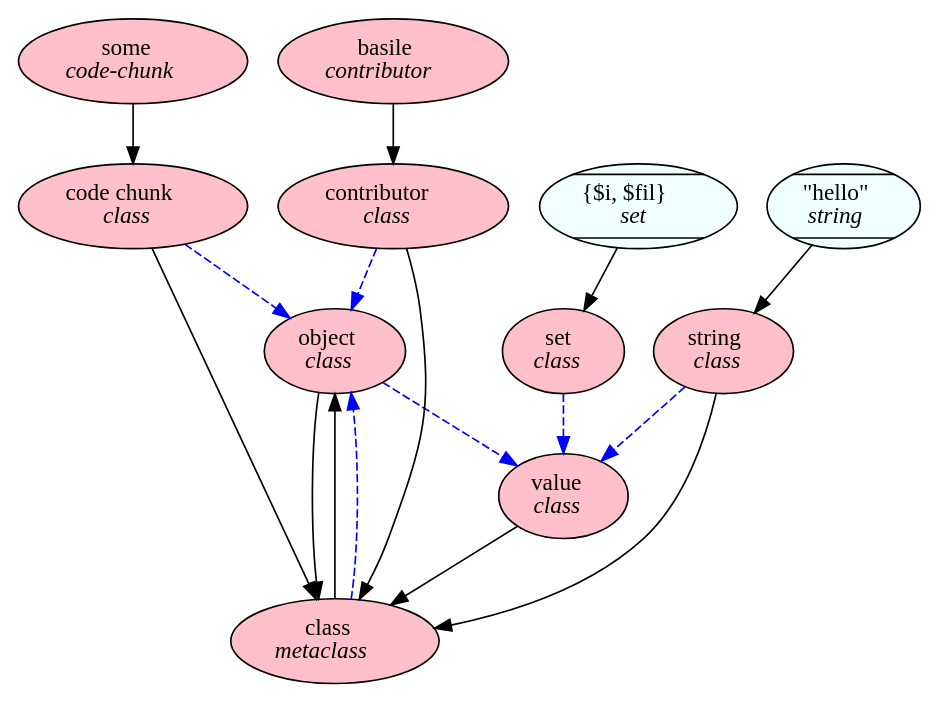
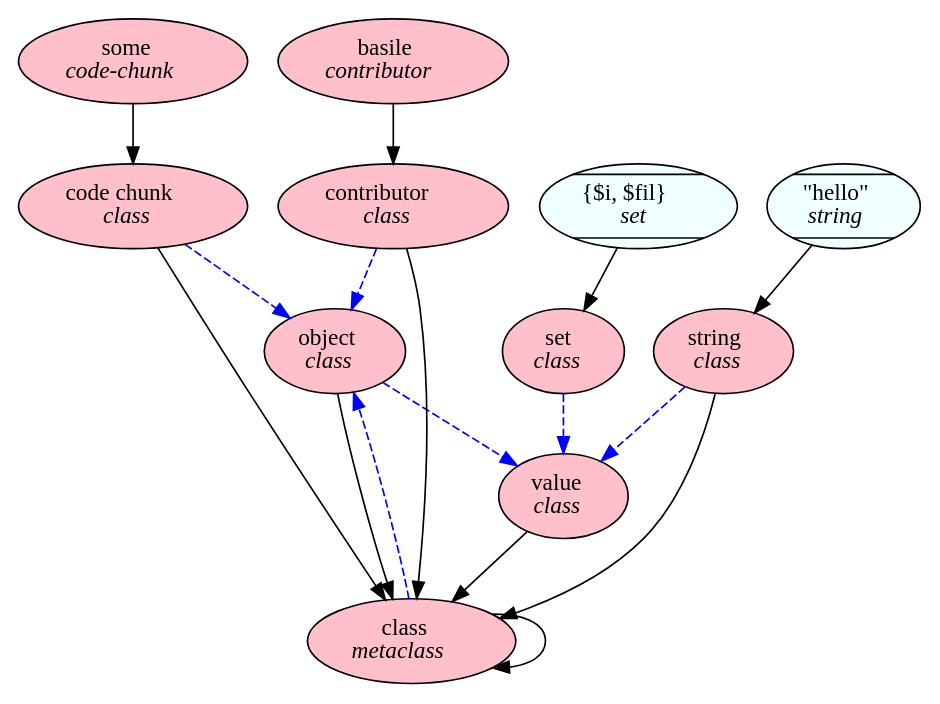
The diagram in doc/design-ideas/dot-classhier.dot (RefPerSys/RefPerSys), drawn with Graphviz before and after one commit.

Commit message:
the class is an instance of itself

```diff
--- a/doc/design-ideas/dot-classhier.dot
+++ b/doc/design-ideas/dot-classhier.dot
@@ -1,60 +1,60 @@
 // file refpersys/design-ideas/dot-classhier.dot
 // the RefPerSys class hierarchy
 
 digraph class_hierarchy_gr {
 // XXXX -> YYYY : means XXXX is instance of YYYY
 
 /// nodes
 object_class [ style="rounded, filled",
    label = <object<br/><i>class</i>>, fillcolor="pink"  ];
 
 class_class [ style="rounded, filled",
    label = <class<br/><i>metaclass</i>>, fillcolor="pink"  ];
 
 value_class [ style="rounded, filled",
    label = <value<br/><i>class</i>>, fillcolor="pink"  ];
 
 codechunk_class [ style="rounded, filled",
    label = <code chunk<br/><i>class</i>>, fillcolor="pink"  ];
 
 contributor_class [ style="rounded, filled",
    label = <contributor<br/><i>class</i>>, fillcolor="pink"  ];
 
 string_class  [ style="rounded, filled",
    label = <string<br/><i>class</i>>, fillcolor="pink"  ];
    
 set_class  [ style="rounded, filled",
    label = <set<br/><i>class</i>>, fillcolor="pink"  ];
 
 hello_string [ style="diagonals, filled",
    label = <"hello"<br/><i>string</i>>, fillcolor="azure"  ];
 
 ifil_set  [ style="diagonals, filled",
    label = <{$i, $fil} <br/><i>set</i>>, fillcolor="azure"  ];
    
 code_chunk [ style="rounded, filled",
    label = <some<br/><i>code-chunk</i>>, fillcolor="pink"  ];
 
 basile_contrib [ style="rounded, filled",
    label = <basile<br/><i>contributor</i>>, fillcolor="pink"  ];
 
 /// X is-instance Y arrows
 object_class -> class_class [ color=black, width=2 ];
-class_class -> object_class [ color=black, width=2 ];
+class_class -> class_class [ color=black, width=2 ];
 value_class -> class_class [ color=black, width=2 ];
 string_class -> class_class [ color=black, width=2 ];
 hello_string -> string_class [ color=black, width=2 ];
 code_chunk -> codechunk_class [ color=black, width=2 ];
 basile_contrib -> contributor_class [ color=black, width=2 ];
 codechunk_class -> class_class [ color=black, width=2 ];
 contributor_class -> class_class [ color=black, width=2 ];
 ifil_set -> set_class [ color=black, width=2 ];
 
 /// C1 subclass of C2 arrows
 string_class -> value_class  [ color=blue, style=dashed, width=3 ];
 set_class -> value_class  [ color=blue, style=dashed, width=3 ];
 object_class  -> value_class  [ color=blue, style=dashed, width=3 ];
 codechunk_class -> object_class  [ color=blue, style=dashed, width=3 ];
 contributor_class -> object_class  [ color=blue, style=dashed, width=3 ];
 class_class -> object_class  [ color=blue, style=dashed, width=3 ];
 }
```
